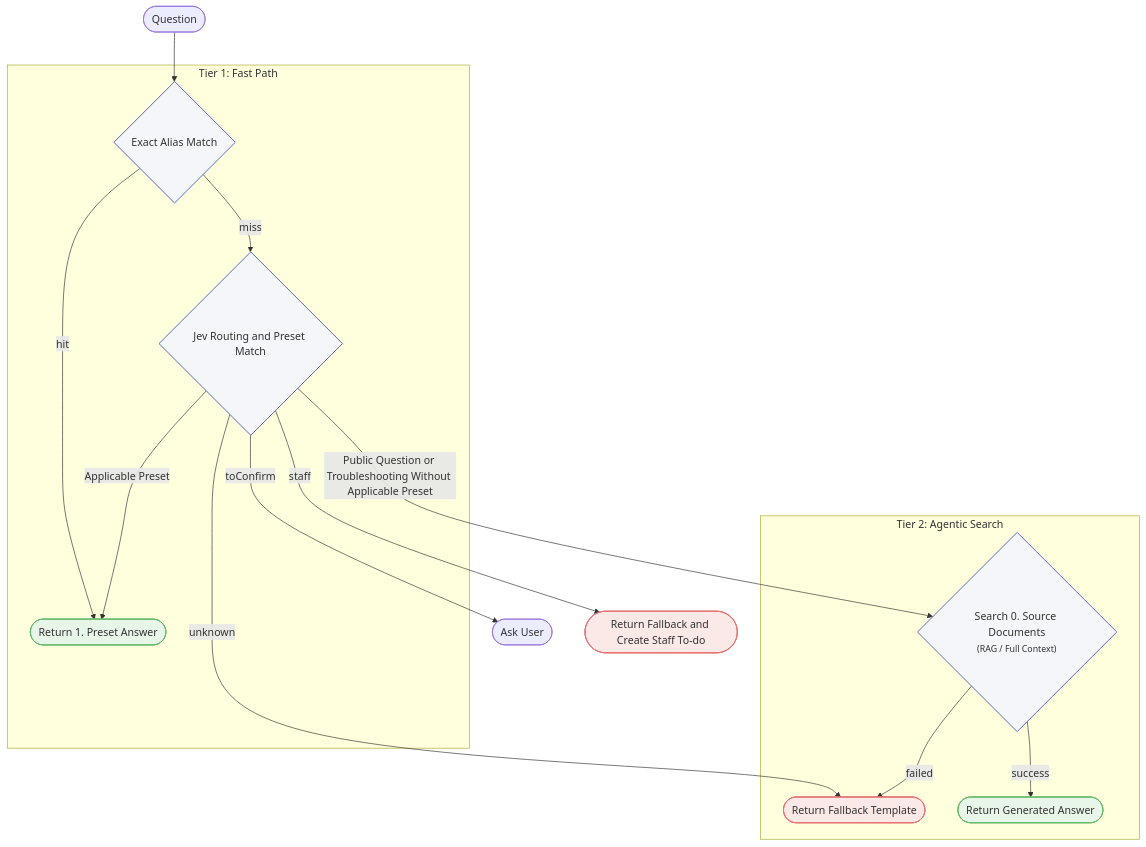
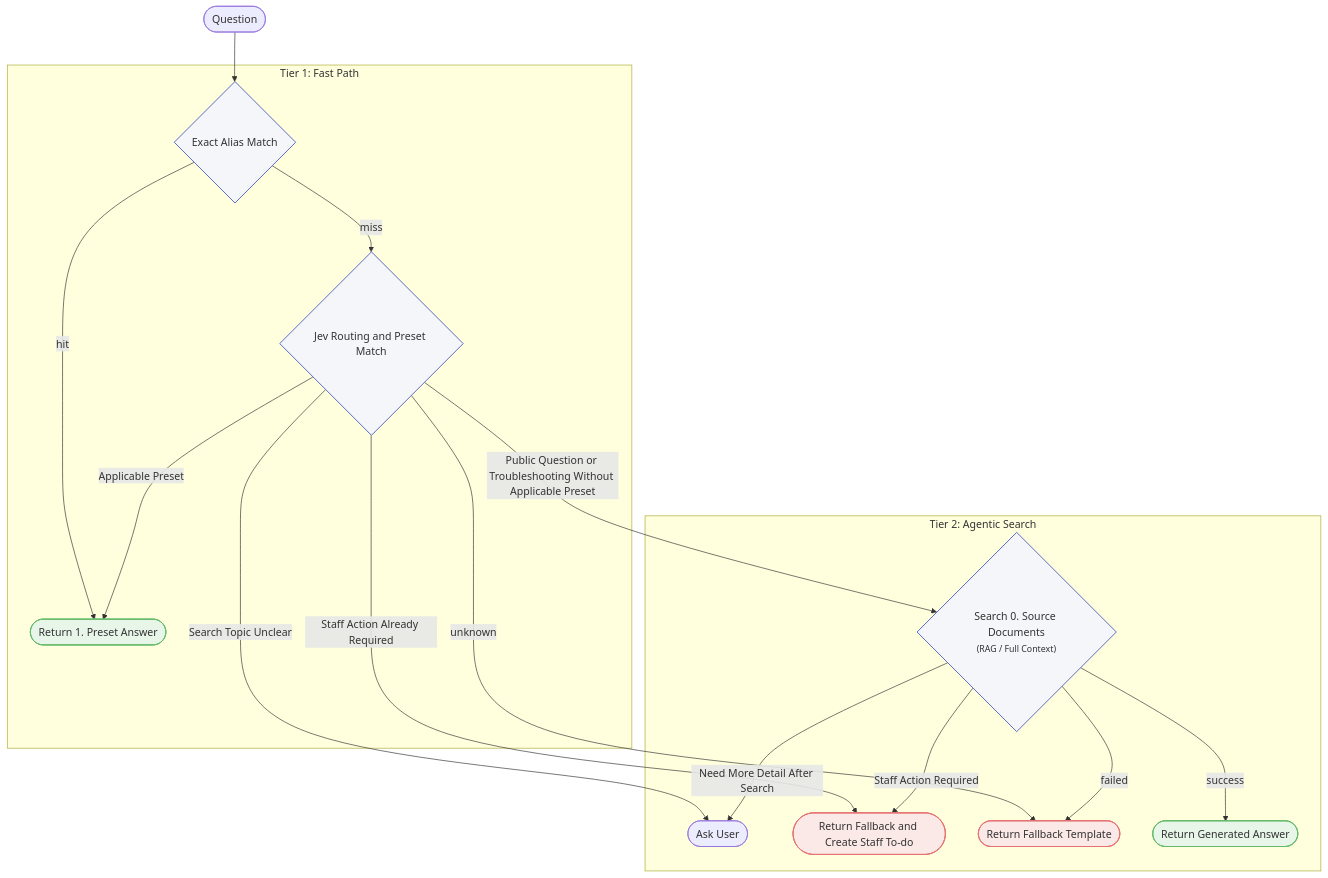
One commit to why-q/wechat-dev changed the second of 3 diagrams in docs/LIBRARY-SUPPORT-DESIGN.md. Above: the diagram before and after it, drawn with Mermaid. The commit also changed other lines of this file and 1 other file, not shown here.

Commit message:
docs: prioritize Tier 2 for searchable troubleshooting
- Clarify when public search precedes follow-up and when direct staff routing applies.

````diff
--- a/docs/LIBRARY-SUPPORT-DESIGN.md
+++ b/docs/LIBRARY-SUPPORT-DESIGN.md
@@ -30,24 +30,26 @@
 ```mermaid
 flowchart TD
     classDef decision fill:#f4f6f9,stroke:#5c6bc0,stroke-width:1.5px;
     classDef success fill:#e8f5e9,stroke:#66bb6a,stroke-width:1.5px;
     classDef fallback fill:#fbe9e7,stroke:#e57373,stroke-width:1.5px;
 
     A([Question]) --> B{Exact Alias Match}:::decision
 
     subgraph Fast_Path [Tier 1: Fast Path]
         B -->|hit| C([Return 1. Preset Answer]):::success
         B -->|miss| G{Jev Routing and Preset Match}:::decision
         G -->|Applicable Preset| C
     end
 
-    G -->|toConfirm| J([Ask User])
-    G -->|staff| P([Return Fallback and Create Staff To-do]):::fallback
+    G -->|Search Topic Unclear| J([Ask User])
+    G -->|Staff Action Already Required| P([Return Fallback and Create Staff To-do]):::fallback
     G -->|unknown| F
 
     subgraph Deep_Path [Tier 2: Agentic Search]
         G -->|Public Question or Troubleshooting Without Applicable Preset| D{"Search 0. Source Documents<br/><small>(RAG / Full Context)</small>"}:::decision
         D -->|success| E([Return Generated Answer]):::success
+        D -->|Need More Detail After Search| J
+        D -->|Staff Action Required| P
         D -->|failed| F([Return Fallback Template]):::fallback
     end
 ```
````
